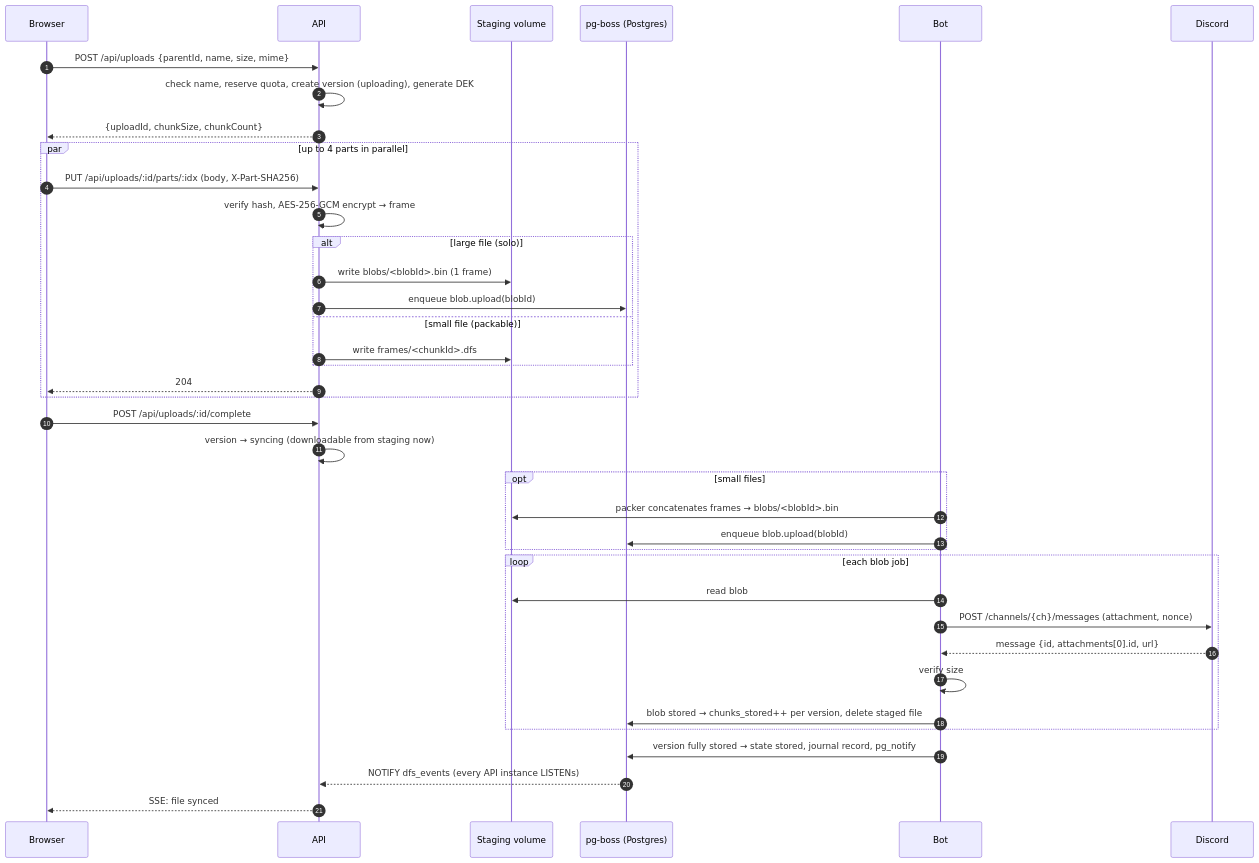
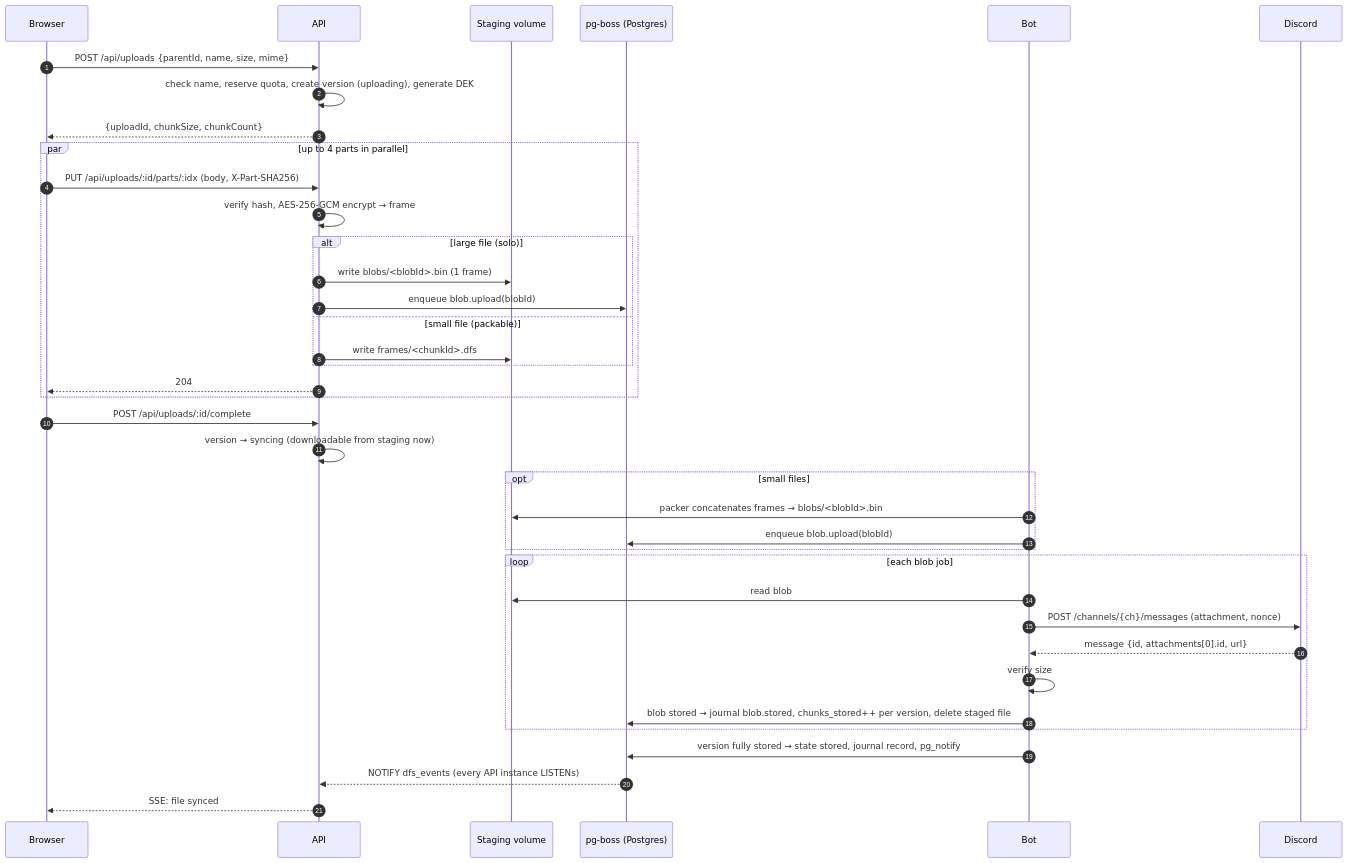
Before and after one commit to AlexB8675/DFS: the sixth of 10 diagrams in docs/DESIGN.md, drawn with Mermaid. The commit also changed other lines of this file, not shown here.

````diff
--- a/docs/DESIGN.md
+++ b/docs/DESIGN.md
@@ -363,41 +362,41 @@
 ```mermaid
 sequenceDiagram
     autonumber
     participant B as Browser
     participant A as API
     participant S as Staging volume
     participant Q as pg-boss (Postgres)
     participant Bot as Bot
     participant D as Discord
 
     B->>A: POST /api/uploads {parentId, name, size, mime}
     A->>A: check name, reserve quota, create version (uploading), generate DEK
     A-->>B: {uploadId, chunkSize, chunkCount}
     par up to 4 parts in parallel
         B->>A: PUT /api/uploads/:id/parts/:idx (body, X-Part-SHA256)
         A->>A: verify hash, AES-256-GCM encrypt → frame
         alt large file (solo)
             A->>S: write blobs/<blobId>.bin (1 frame)
             A->>Q: enqueue blob.upload(blobId)
         else small file (packable)
             A->>S: write frames/<chunkId>.dfs
         end
         A-->>B: 204
     end
     B->>A: POST /api/uploads/:id/complete
     A->>A: version → syncing (downloadable from staging now)
     opt small files
         Bot->>S: packer concatenates frames → blobs/<blobId>.bin
         Bot->>Q: enqueue blob.upload(blobId)
     end
     loop each blob job
         Bot->>S: read blob
         Bot->>D: POST /channels/{ch}/messages (attachment, nonce)
         D-->>Bot: message {id, attachments[0].id, url}
         Bot->>Bot: verify size
-        Bot->>Q: blob stored → chunks_stored++ per version, delete staged file
+        Bot->>Q: blob stored → journal blob.stored, chunks_stored++ per version, delete staged file
     end
     Bot->>Q: version fully stored → state stored, journal record, pg_notify
     Q-->>A: NOTIFY dfs_events (every API instance LISTENs)
     A-->>B: SSE: file synced
 ```
````
